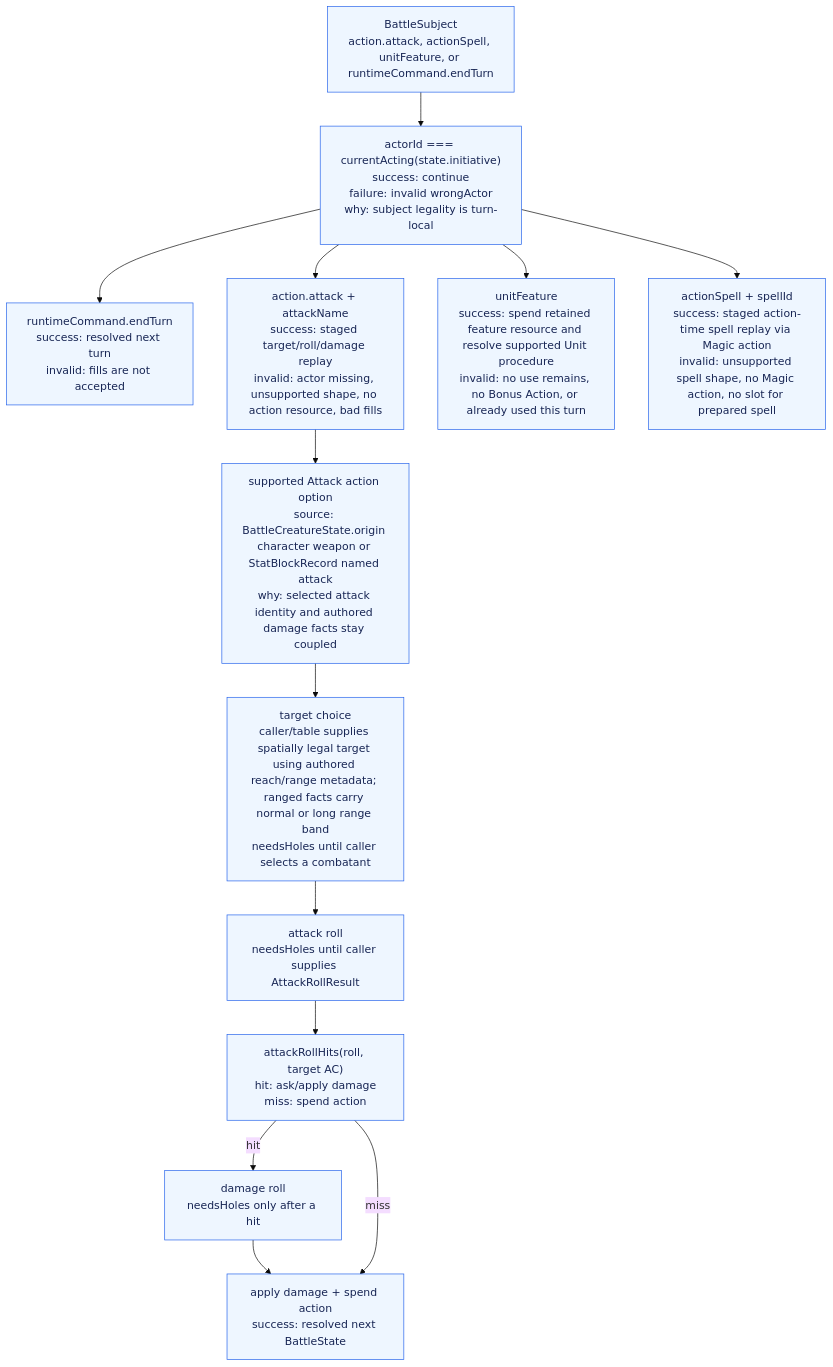
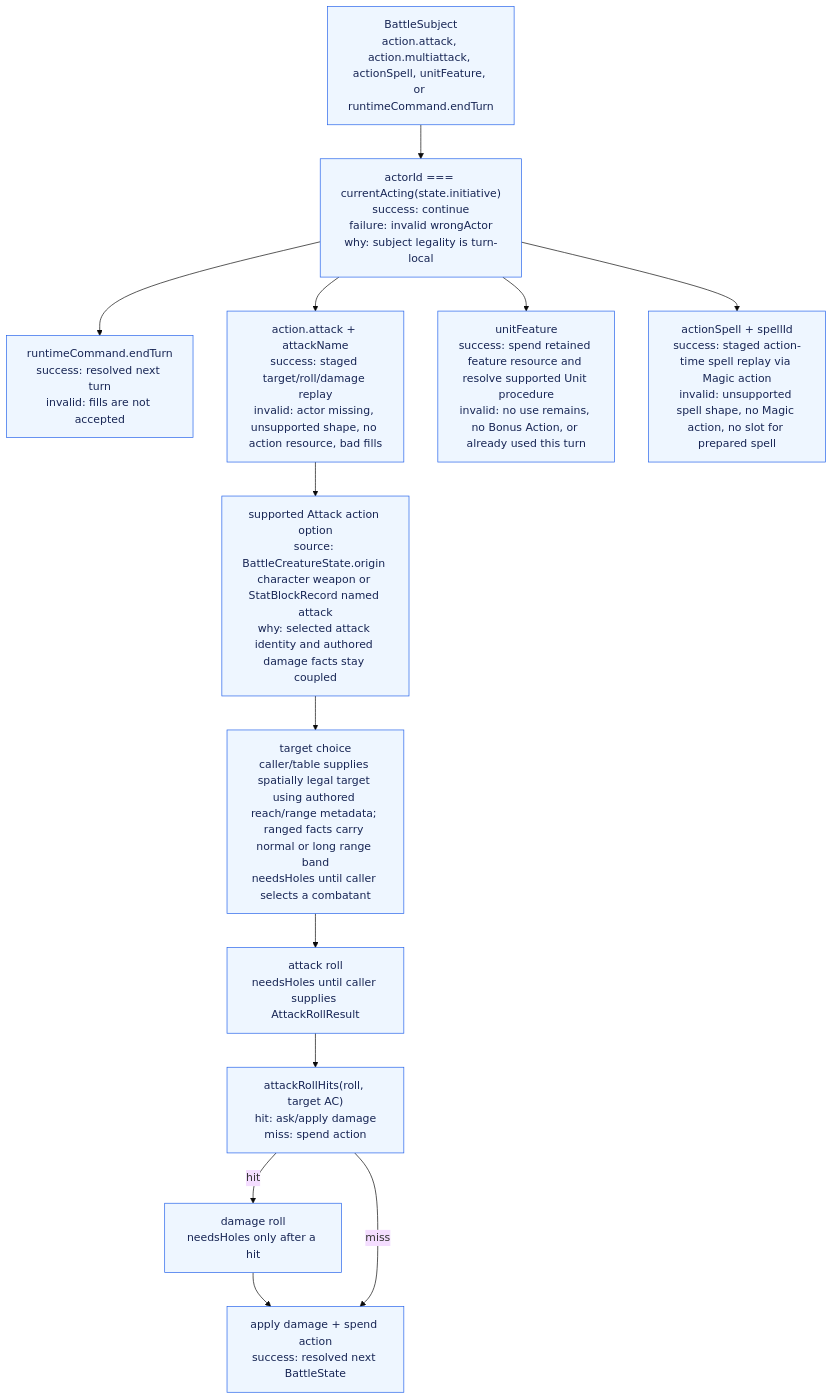
Before and after one commit to dearlordylord/5e-quint: the second of 2 diagrams in packages/battle-runtime/ARCHITECTURE_GRAPH.md, drawn with Mermaid (base theme). The commit also changed other lines of this file and 7 other files, not shown here.

````diff
--- a/packages/battle-runtime/ARCHITECTURE_GRAPH.md
+++ b/packages/battle-runtime/ARCHITECTURE_GRAPH.md
@@ -100,26 +100,26 @@
 ```mermaid
 flowchart TD
-  Subject["BattleSubject<br/>action.attack, actionSpell, unitFeature, or runtimeCommand.endTurn"]
+  Subject["BattleSubject<br/>action.attack, action.multiattack, actionSpell, unitFeature, or runtimeCommand.endTurn"]
   CurrentActor["actorId === currentActing(state.initiative)<br/>success: continue<br/>failure: invalid wrongActor<br/>why: subject legality is turn-local"]
   EndTurn["runtimeCommand.endTurn<br/>success: resolved next turn<br/>invalid: fills are not accepted"]
   Attack["action.attack + attackName<br/>success: staged target/roll/damage replay<br/>invalid: actor missing, unsupported shape, no action resource, bad fills"]
   UnitFeature["unitFeature<br/>success: spend retained feature resource and resolve supported Unit procedure<br/>invalid: no use remains, no Bonus Action, or already used this turn"]
   Magic["actionSpell + spellId<br/>success: staged action-time spell replay via Magic action<br/>invalid: unsupported spell shape, no Magic action, no slot for prepared spell"]
   AttackOption["supported Attack action option<br/>source: BattleCreatureState.origin character weapon or StatBlockRecord named attack<br/>why: selected attack identity and authored damage facts stay coupled"]
   Target["target choice<br/>caller/table supplies spatially legal target using authored reach/range metadata; ranged facts carry normal or long range band<br/>needsHoles until caller selects a combatant"]
   Roll["attack roll<br/>needsHoles until caller supplies AttackRollResult"]
   HitCheck["attackRollHits(roll, target AC)<br/>hit: ask/apply damage<br/>miss: spend action"]
   DamageHole["damage roll<br/>needsHoles only after a hit"]
   Apply["apply damage + spend action<br/>success: resolved next BattleState"]
 
   Subject --> CurrentActor
   CurrentActor --> EndTurn
   CurrentActor --> Attack --> AttackOption --> Target --> Roll --> HitCheck
   CurrentActor --> UnitFeature
   CurrentActor --> Magic
   HitCheck -->|hit| DamageHole --> Apply
   HitCheck -->|miss| Apply
 
   classDef implemented fill:#eef6ff,stroke:#2563eb,color:#172554;
   class Subject,CurrentActor,EndTurn,Attack,UnitFeature,Magic,AttackOption,Target,Roll,HitCheck,DamageHole,Apply implemented;
 ```
````
